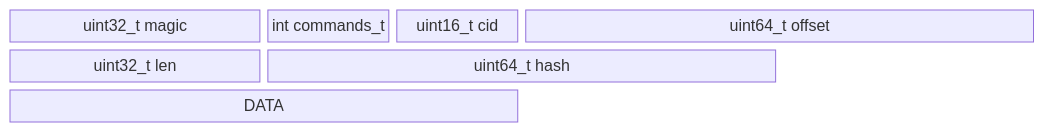
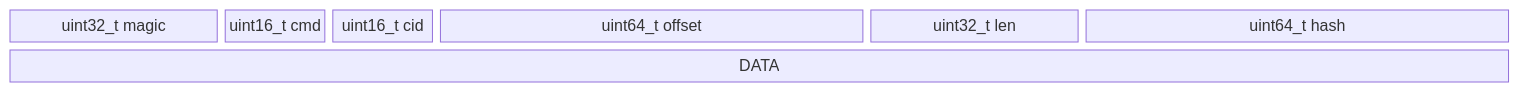
Before and after one commit to rawstor/rawstor_docs: the second of 3 diagrams in Protocol.md, drawn with Mermaid. The commit also changed other lines of this file, not shown here.

Commit message:
add: cid in all requests

````diff
--- a/Protocol.md
+++ b/Protocol.md
@@ -31,6 +33,6 @@
 ```mermaid
 block-beta
-  columns 6
-  0["uint32_t magic"]:2 a["int commands_t"]:1 aa["uint16_t cid"]:1 b["uint64_t offset"]:4 c["uint32_t len"]:2 d["uint64_t hash"]:4
-  cc["DATA"]:4
+  columns 14
+  0["uint32_t magic"]:2 a["uint16_t cmd"]:1 aa["uint16_t cid"]:1 b["uint64_t offset"]:4 c["uint32_t len"]:2 d["uint64_t hash"]:4
+  cc["DATA"]:14
 ```
````
